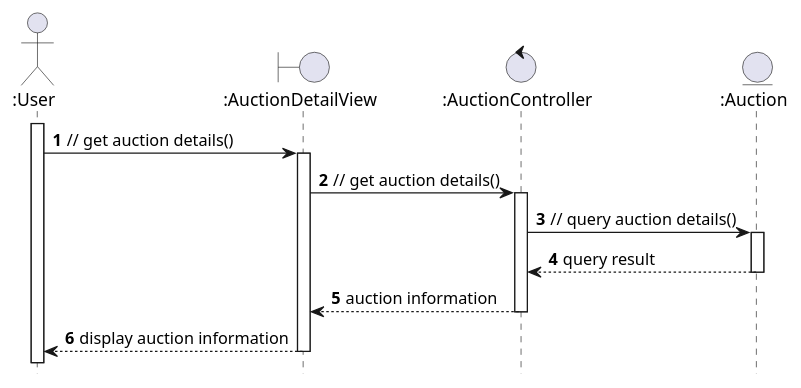
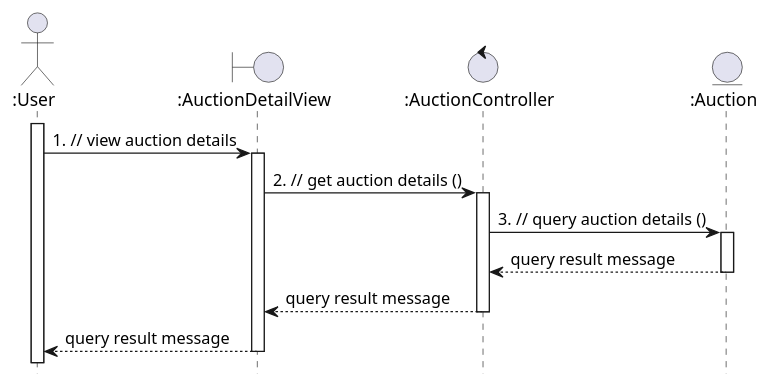
One commit to anhbanlinhle/velocity-exchange changed the diagram in uml/analysis/sequence/view_auction_information.pu. Above: the diagram before and after it, drawn with PlantUML.

Commit message:
doc[lynn]: analysis sequence no. 7

```diff
--- a/uml/analysis/sequence/view_auction_information.pu
+++ b/uml/analysis/sequence/view_auction_information.pu
@@ -1,24 +1,23 @@
 @startuml
 hide footbox
 
 actor ":User" as User
 boundary ":AuctionDetailView" as AuctionView
 control ":AuctionController" as SearchController
 entity ":Auction" as Auction
 
 User ++
-autonumber
-  User -> AuctionView: // get auction details()
+  User -> AuctionView: 1. // view auction details
   activate AuctionView
-    AuctionView -> SearchController: // get auction details()
+    AuctionView -> SearchController: 2. // get auction details ()
     activate SearchController
-      SearchController -> Auction: // query auction details()
+      SearchController -> Auction: 3. // query auction details ()
         activate Auction
-          Auction --> SearchController: query result
+          Auction --> SearchController: query result message
         deactivate Auction
-      SearchController --> AuctionView: auction information
+      SearchController --> AuctionView: query result message
     deactivate SearchController
-    AuctionView --> User: display auction information
+    AuctionView --> User: query result message
   deactivate AuctionView
 
 @enduml
```
